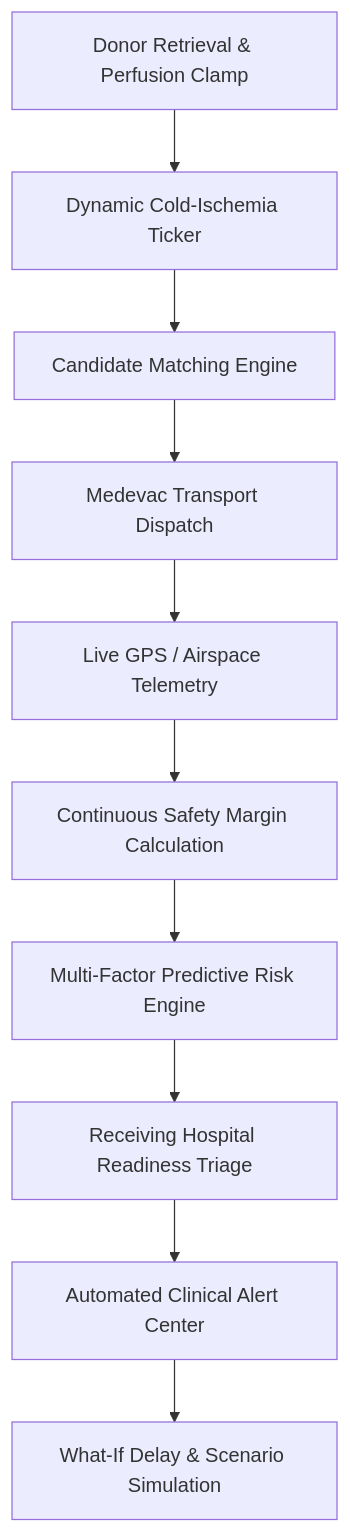
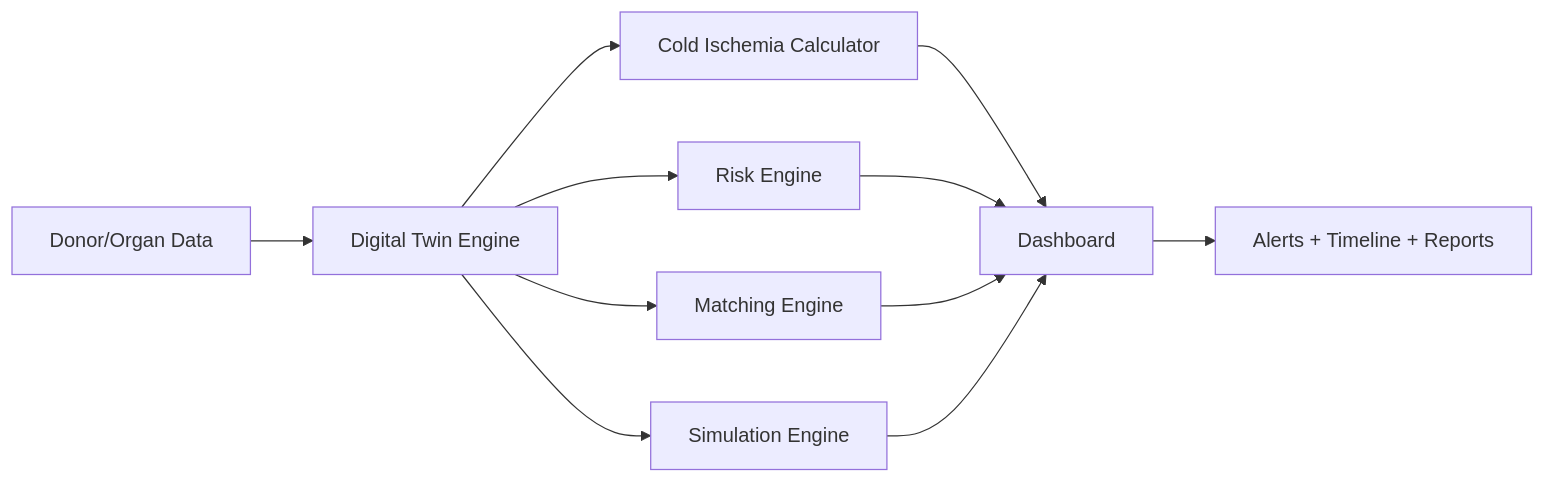
The diagram in README.md (METHUNSM001/transplantflow-ai), drawn with Mermaid before and after one commit. The commit also changed other lines of this file and 15 other files, not shown here.

````diff
--- a/README.md
+++ b/README.md
@@ -35,12 +31,13 @@
 ```mermaid
-graph TD
-    A[Donor Retrieval & Perfusion Clamp] --> B[Dynamic Cold-Ischemia Ticker]
-    B --> C[Candidate Matching Engine]
-    C --> D[Medevac Transport Dispatch]
-    D --> E[Live GPS / Airspace Telemetry]
-    E --> F[Continuous Safety Margin Calculation]
-    F --> G[Multi-Factor Predictive Risk Engine]
-    G --> H[Receiving Hospital Readiness Triage]
-    H --> I[Automated Clinical Alert Center]
-    I --> J[What-If Delay & Scenario Simulation]
+flowchart LR
+    A[Donor/Organ Data] --> B[Digital Twin Engine]
+    B --> C[Cold Ischemia Calculator]
+    B --> D[Risk Engine]
+    B --> E[Matching Engine]
+    B --> F[Simulation Engine]
+    C --> G[Dashboard]
+    D --> G
+    E --> G
+    F --> G
+    G --> H[Alerts + Timeline + Reports]
 ```
````
